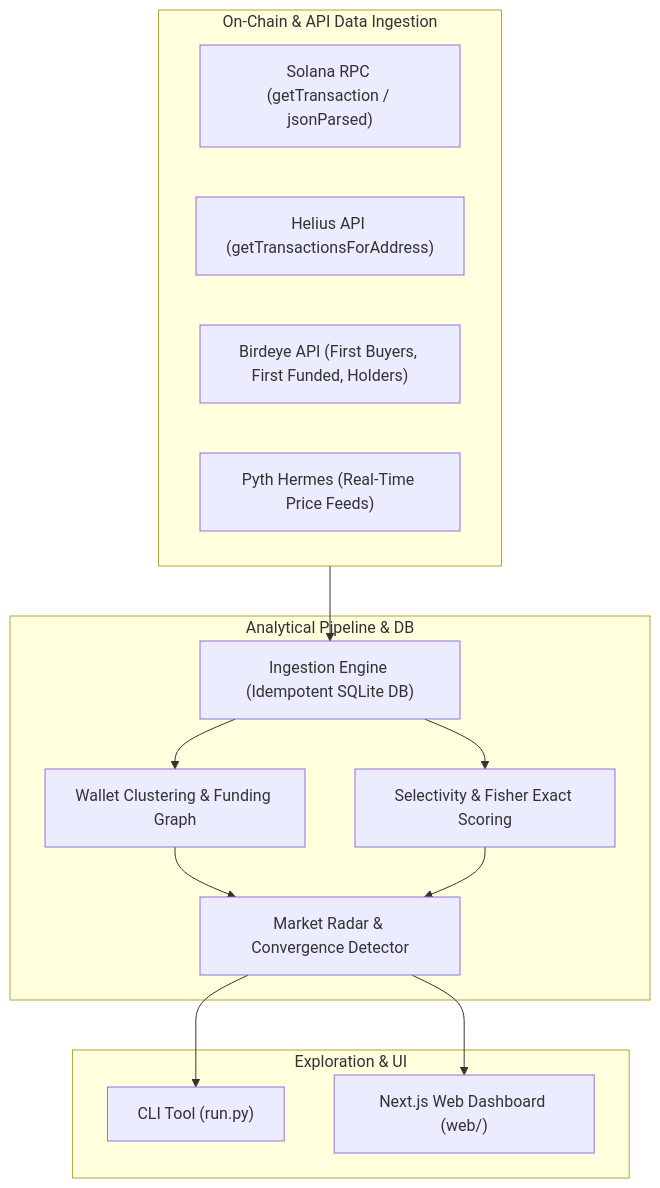
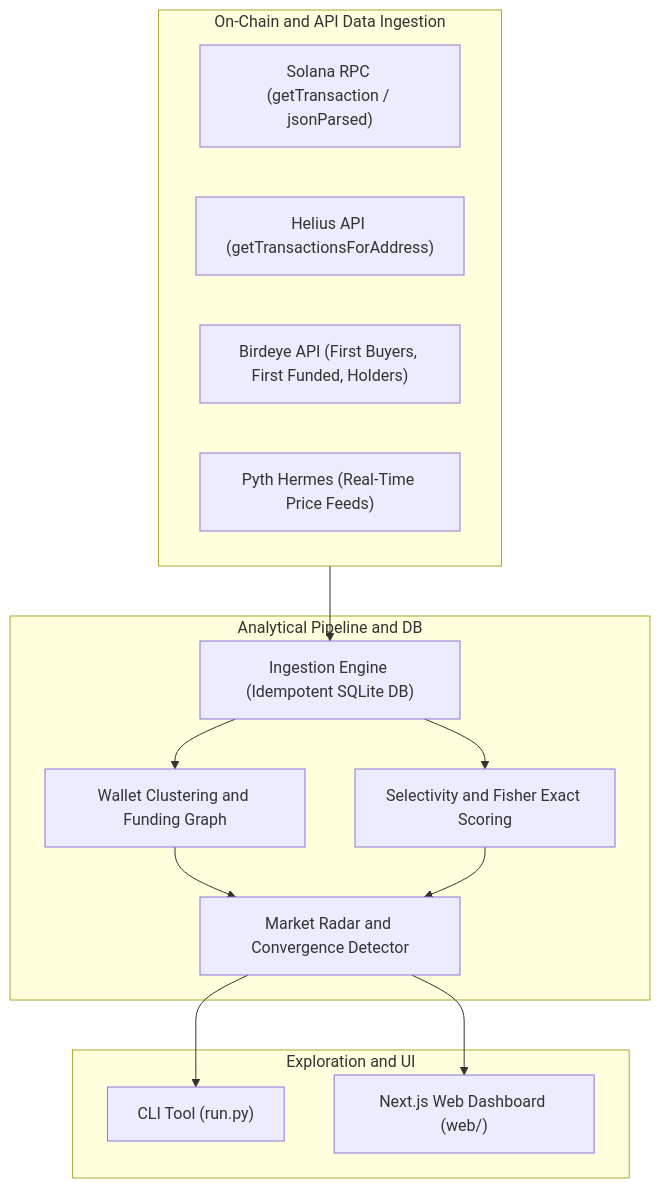
Before and after one commit to Lukecele/meme-intelligence-onchain: the diagram in README.md, drawn with Mermaid.

Commit message:
fix(docs): resolve mobile Mermaid rendering syntax error

````diff
--- a/README.md
+++ b/README.md
@@ -16,29 +16,29 @@
 ```mermaid
 flowchart TD
-    subgraph DataSources ["On-Chain & API Data Ingestion"]
+    subgraph DataSources["On-Chain and API Data Ingestion"]
         SolanaRPC["Solana RPC (getTransaction / jsonParsed)"]
         HeliusAPI["Helius API (getTransactionsForAddress)"]
         BirdeyeAPI["Birdeye API (First Buyers, First Funded, Holders)"]
         PythHermes["Pyth Hermes (Real-Time Price Feeds)"]
     end
 
-    subgraph CoreEngine ["Analytical Pipeline & DB"]
+    subgraph CoreEngine["Analytical Pipeline and DB"]
         IngestionEngine["Ingestion Engine (Idempotent SQLite DB)"]
-        Clustering["Wallet Clustering & Funding Graph"]
-        FisherScoring["Selectivity & Fisher Exact Scoring"]
-        RadarEngine["Market Radar & Convergence Detector"]
+        Clustering["Wallet Clustering and Funding Graph"]
+        FisherScoring["Selectivity and Fisher Exact Scoring"]
+        RadarEngine["Market Radar and Convergence Detector"]
     end
 
-    subgraph Interfaces ["Exploration & UI"]
+    subgraph Interfaces["Exploration and UI"]
         CLI["CLI Tool (run.py)"]
         NextWeb["Next.js Web Dashboard (web/)"]
     end
 
     DataSources --> IngestionEngine
     IngestionEngine --> Clustering
     IngestionEngine --> FisherScoring
     Clustering --> RadarEngine
     FisherScoring --> RadarEngine
     RadarEngine --> CLI
     RadarEngine --> NextWeb
 ```
````
